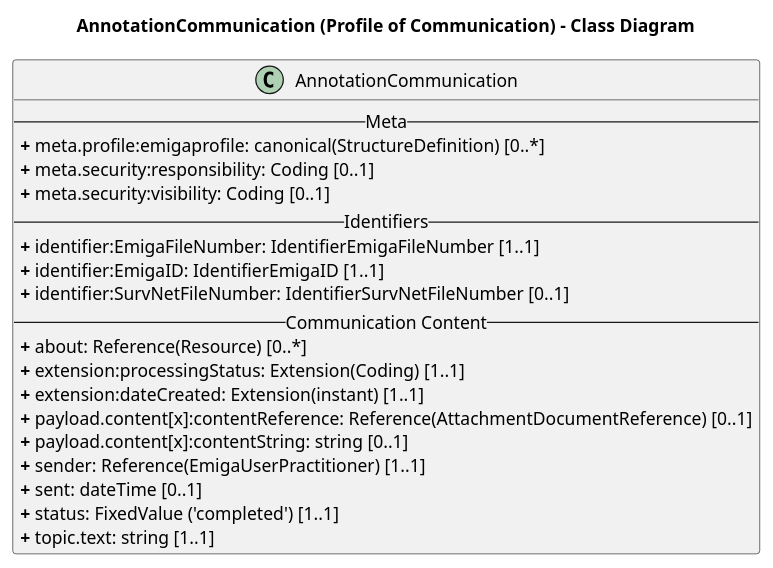
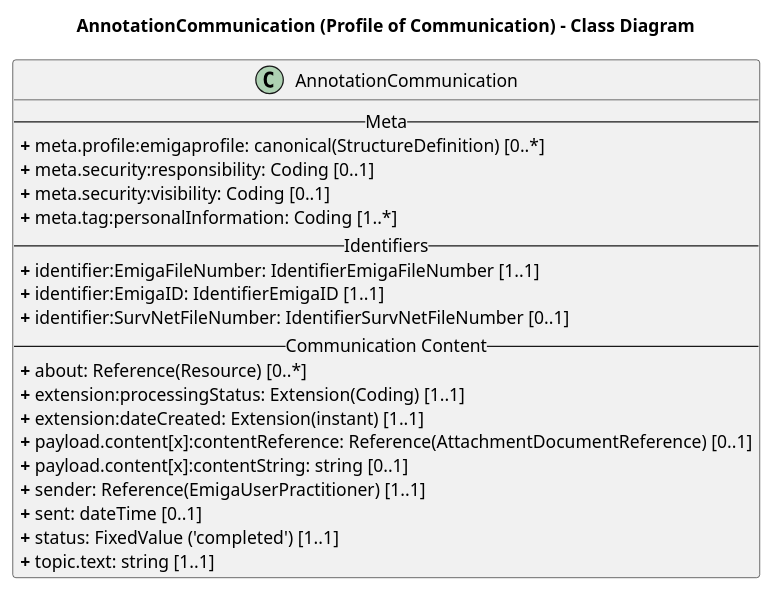
The diagram in rki.emiga.common/PlantUML/AnnotationCommunication.puml (robert-koch-institut/rki.emiga.common), drawn with PlantUML before and after one commit. The commit also changed 2 other files, not shown here.

```diff
--- a/rki.emiga.common/PlantUML/AnnotationCommunication.puml
+++ b/rki.emiga.common/PlantUML/AnnotationCommunication.puml
@@ -1,28 +1,29 @@
 @startuml
 skinparam linetype ortho
 
 title AnnotationCommunication (Profile of Communication) - Class Diagram
 
 ' Main Class
 class AnnotationCommunication{
 -- Meta --
 <b>+</b> meta.profile:emigaprofile: canonical(StructureDefinition) [0..*]
 <b>+</b> meta.security:responsibility: Coding [0..1]
 <b>+</b> meta.security:visibility: Coding [0..1]
+<b>+</b> meta.tag:personalInformation: Coding [1..*]
 -- Identifiers --
 <b>+</b> identifier:EmigaFileNumber: IdentifierEmigaFileNumber [1..1]
 <b>+</b> identifier:EmigaID: IdentifierEmigaID [1..1]
 <b>+</b> identifier:SurvNetFileNumber: IdentifierSurvNetFileNumber [0..1]
 -- Communication Content --
 <b>+</b> about: Reference(Resource) [0..*] 
 <b>+</b> extension:processingStatus: Extension(Coding) [1..1]
 <b>+</b> extension:dateCreated: Extension(instant) [1..1]
 <b>+</b> payload.content[x]:contentReference: Reference(AttachmentDocumentReference) [0..1]
 <b>+</b> payload.content[x]:contentString: string [0..1]
 <b>+</b> sender: Reference(EmigaUserPractitioner) [1..1] 
 <b>+</b> sent: dateTime [0..1]
 <b>+</b> status: FixedValue ('completed') [1..1]
 <b>+</b> topic.text: string [1..1] 
 }
 
 @enduml
```
